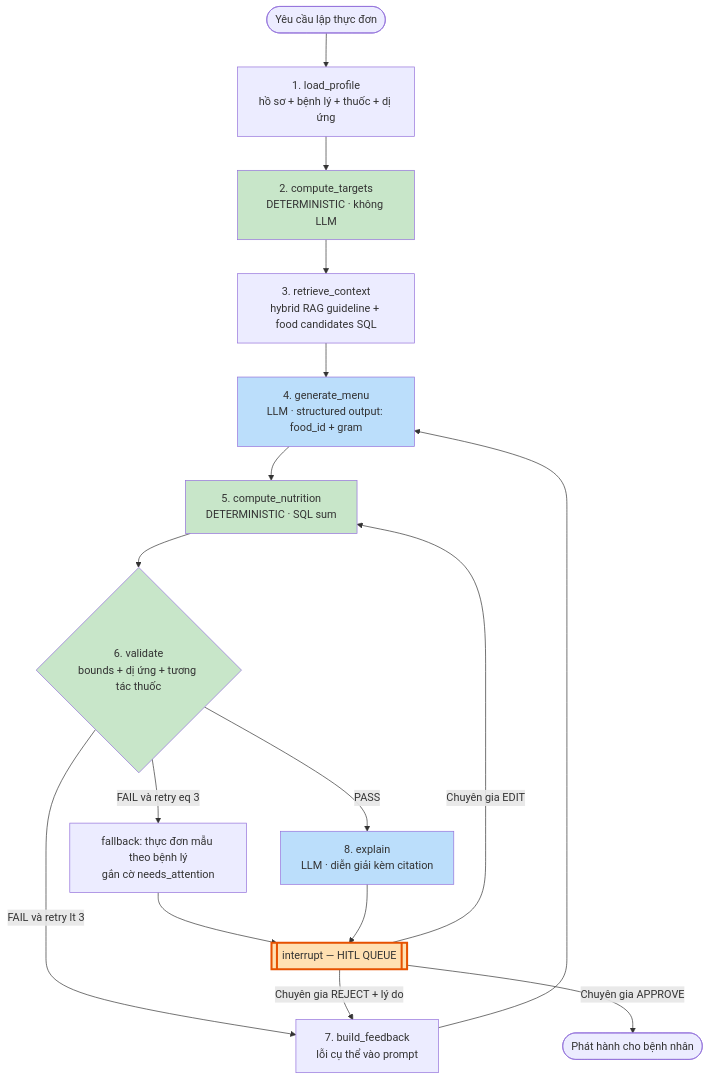
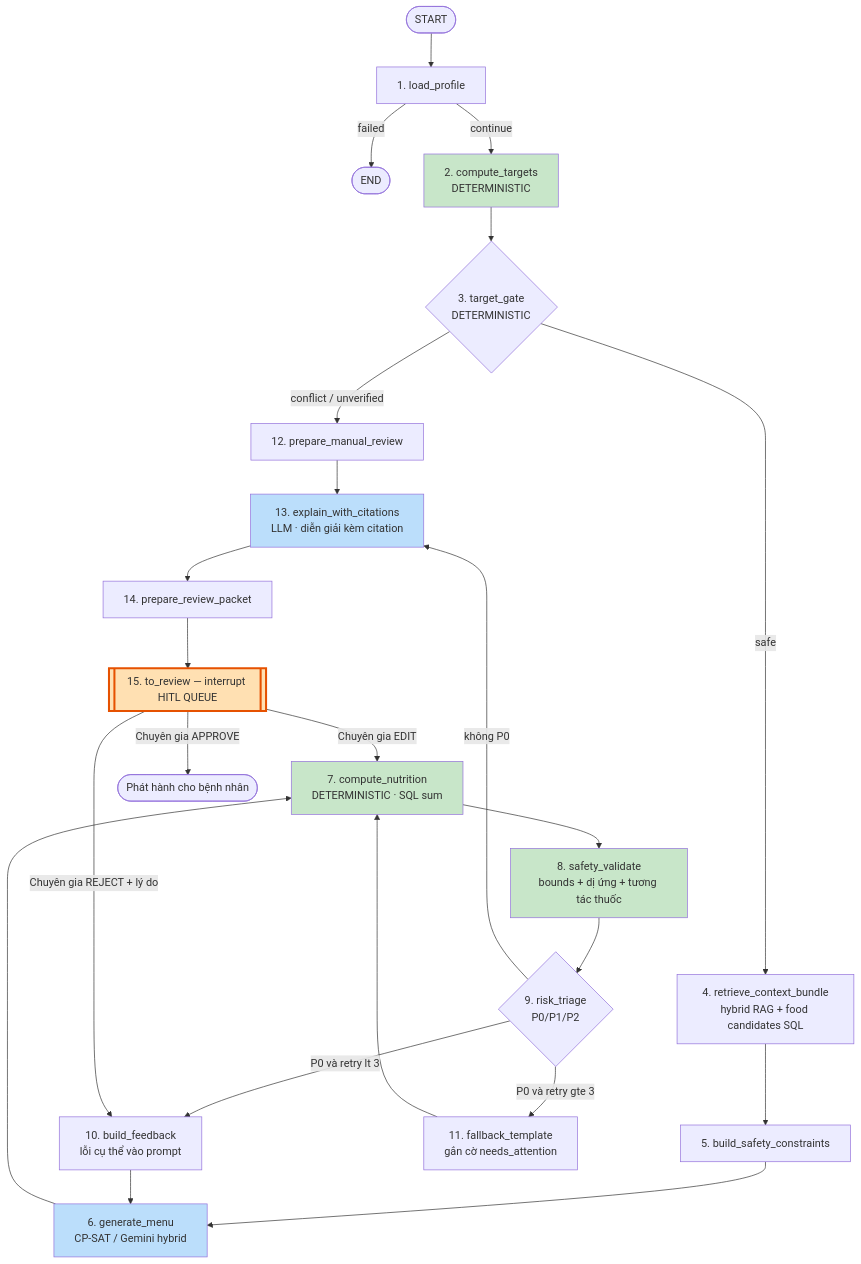
One commit to pl1201/P-031-deploy changed the second of 6 diagrams in docs/ARCHITECTURE.md. Above: the diagram before and after it, drawn with Mermaid. The commit also changed other lines of this file, not shown here.

Commit message:
docs(architecture): đồng bộ luồng LangGraph 15-node + CP-SAT/hybrid + equivalent-menu
Mục 3 trước đây mô tả graph 8-node ban đầu, đã lệch với src/agents/graph.py
thật (15 node). Đồng bộ lại theo docs/LANGGRAPH_ARCHITECTURE_COMPARISON.md
(đã xác nhận chính xác so với main), thêm mô tả HybridMenuGenerator/CP-SAT
và equivalent.py (đã ở main nhưng chưa được ghi ở đây), và vị trí thiết kế
của Menu Explainer (endpoint on-demand, PR #76/#77 chờ merge — ghi rõ
trạng thái, không giả vờ đã xong). Sửa ADR-003 (8 node -> 15 node).

````diff
--- a/docs/ARCHITECTURE.md
+++ b/docs/ARCHITECTURE.md
@@ -92,25 +94,36 @@
 ```mermaid
-graph TD
-    START([Yêu cầu lập thực đơn]) --> N1[1. load_profile<br/>hồ sơ + bệnh lý + thuốc + dị ứng]
-    N1 --> N2[2. compute_targets<br/>DETERMINISTIC · không LLM]
-    N2 --> N3[3. retrieve_context<br/>hybrid RAG guideline + food candidates SQL]
-    N3 --> N4[4. generate_menu<br/>LLM · structured output: food_id + gram]
-    N4 --> N5[5. compute_nutrition<br/>DETERMINISTIC · SQL sum]
-    N5 --> N6{6. validate<br/>bounds + dị ứng + tương tác thuốc}
-    N6 -->|FAIL và retry lt 3| N7[7. build_feedback<br/>lỗi cụ thể vào prompt]
-    N7 --> N4
-    N6 -->|FAIL và retry eq 3| FB[fallback: thực đơn mẫu theo bệnh lý<br/>gắn cờ needs_attention]
-    N6 -->|PASS| N8[8. explain<br/>LLM · diễn giải kèm citation]
-    FB --> HITL
-    N8 --> HITL[[interrupt — HITL QUEUE]]
+flowchart TD
+    S([START]) --> LP[1. load_profile]
+    LP -->|failed| E([END])
+    LP -->|continue| CT[2. compute_targets<br/>DETERMINISTIC]
+
+    CT --> TG{3. target_gate<br/>DETERMINISTIC}
+    TG -->|conflict / unverified| MR[12. prepare_manual_review]
+    TG -->|safe| RC[4. retrieve_context_bundle<br/>hybrid RAG + food candidates SQL]
+
+    RC --> SC[5. build_safety_constraints]
+    SC --> GM[6. generate_menu<br/>CP-SAT / Gemini hybrid]
+    GM --> CN[7. compute_nutrition<br/>DETERMINISTIC · SQL sum]
+    CN --> SV[8. safety_validate<br/>bounds + dị ứng + tương tác thuốc]
+    SV --> RT{9. risk_triage<br/>P0/P1/P2}
+
+    RT -->|không P0| EX[13. explain_with_citations<br/>LLM · diễn giải kèm citation]
+    RT -->|P0 và retry lt 3| BF[10. build_feedback<br/>lỗi cụ thể vào prompt]
+    BF --> GM
+    RT -->|P0 và retry gte 3| FB[11. fallback_template<br/>gắn cờ needs_attention]
+    FB --> CN
+
+    MR --> EX
+    EX --> RP[14. prepare_review_packet]
+    RP --> HITL[[15. to_review — interrupt HITL QUEUE]]
     HITL -->|Chuyên gia APPROVE| PUB([Phát hành cho bệnh nhân])
-    HITL -->|Chuyên gia EDIT| N5
-    HITL -->|Chuyên gia REJECT + lý do| N7
+    HITL -->|Chuyên gia EDIT| CN
+    HITL -->|Chuyên gia REJECT + lý do| BF
 
-    style N2 fill:#c8e6c9
-    style N5 fill:#c8e6c9
-    style N6 fill:#c8e6c9
-    style N4 fill:#bbdefb
-    style N8 fill:#bbdefb
+    style CT fill:#c8e6c9
+    style CN fill:#c8e6c9
+    style SV fill:#c8e6c9
+    style GM fill:#bbdefb
+    style EX fill:#bbdefb
     style HITL fill:#ffe0b2,stroke:#e65100,stroke-width:3px
 ```
````
